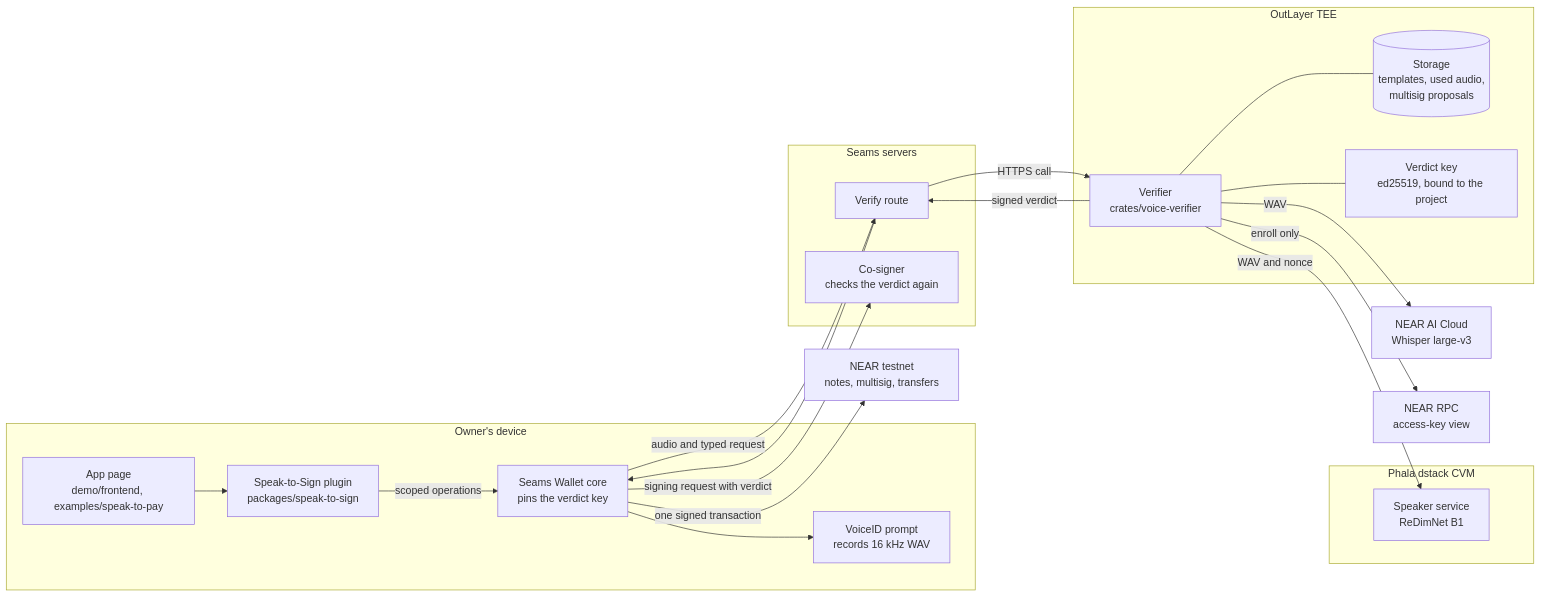
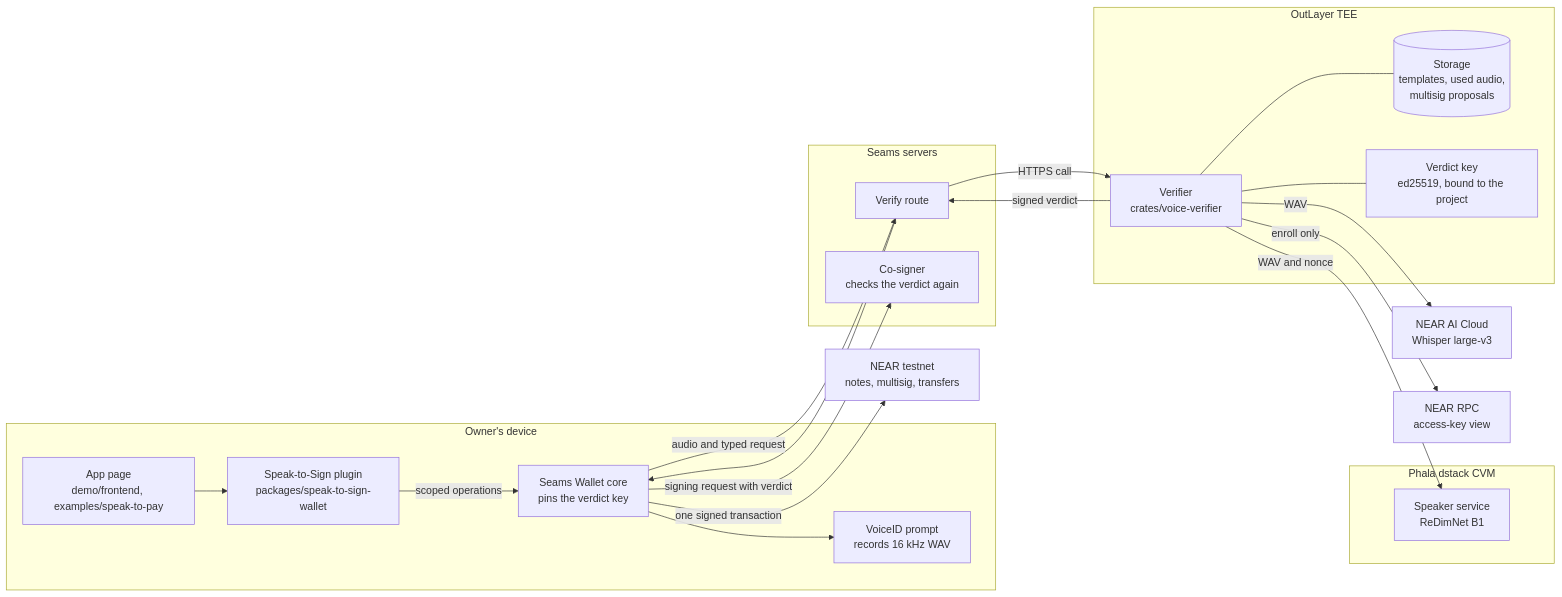
The first of 8 diagrams in docs/architecture.md (seams-tech/speak-to-sign), drawn with Mermaid before and after one commit. The commit also changed other lines of this file and 31 other files, not shown here.

First line of the commit message:
Move the Wallet plugin to packages/speak-to-sign-wallet (@seams/speak-to-sign-wallet)

````diff
--- a/docs/architecture.md
+++ b/docs/architecture.md
@@ -12,43 +12,43 @@
 ```mermaid
 flowchart LR
   subgraph Device["Owner's device"]
     App["App page<br/>demo/frontend, examples/speak-to-pay"]
-    Plugin["Speak-to-Sign plugin<br/>packages/speak-to-sign"]
+    Plugin["Speak-to-Sign plugin<br/>packages/speak-to-sign-wallet"]
     Core["Seams Wallet core<br/>pins the verdict key"]
     Mic["VoiceID prompt<br/>records 16 kHz WAV"]
   end
 
   subgraph Seams["Seams servers"]
     Route["Verify route"]
     Cosigner["Co-signer<br/>checks the verdict again"]
   end
 
   subgraph OutLayer["OutLayer TEE"]
     Verifier["Verifier<br/>crates/voice-verifier"]
     Store[("Storage<br/>templates, used audio,<br/>multisig proposals")]
     Key["Verdict key<br/>ed25519, bound to the project"]
   end
 
   subgraph Phala["Phala dstack CVM"]
     Speaker["Speaker service<br/>ReDimNet B1"]
   end
 
   Whisper["NEAR AI Cloud<br/>Whisper large-v3"]
   Rpc["NEAR RPC<br/>access-key view"]
   Chain["NEAR testnet<br/>notes, multisig, transfers"]
 
   App --> Plugin
   Plugin -->|scoped operations| Core
   Core --> Mic
   Core -->|audio and typed request| Route
   Route -->|HTTPS call| Verifier
   Verifier -->|WAV and nonce| Speaker
   Verifier -->|WAV| Whisper
   Verifier -->|enroll only| Rpc
   Verifier --- Store
   Verifier --- Key
   Verifier -->|signed verdict| Route
   Route --> Core
   Core -->|signing request with verdict| Cosigner
   Core -->|one signed transaction| Chain
 ```
````
